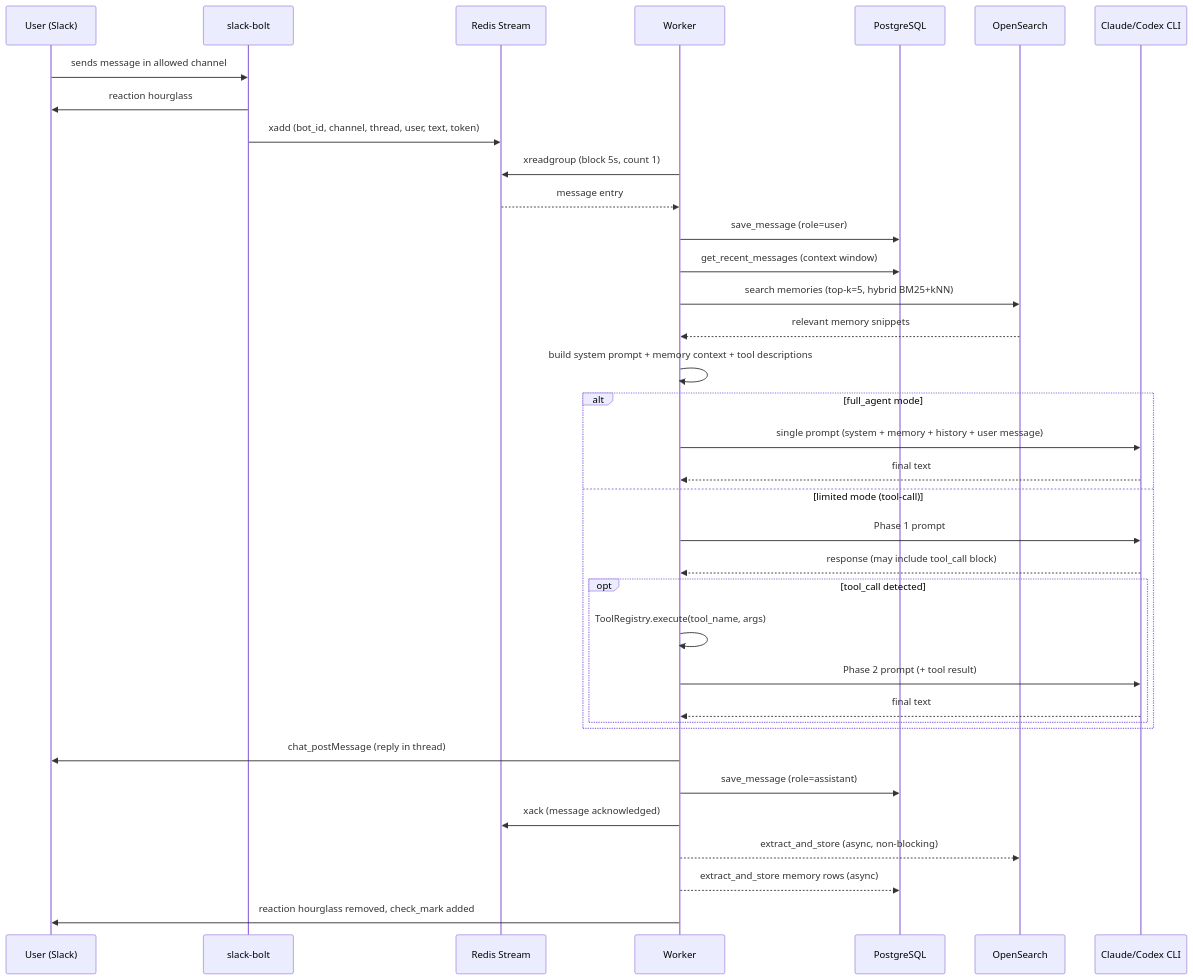
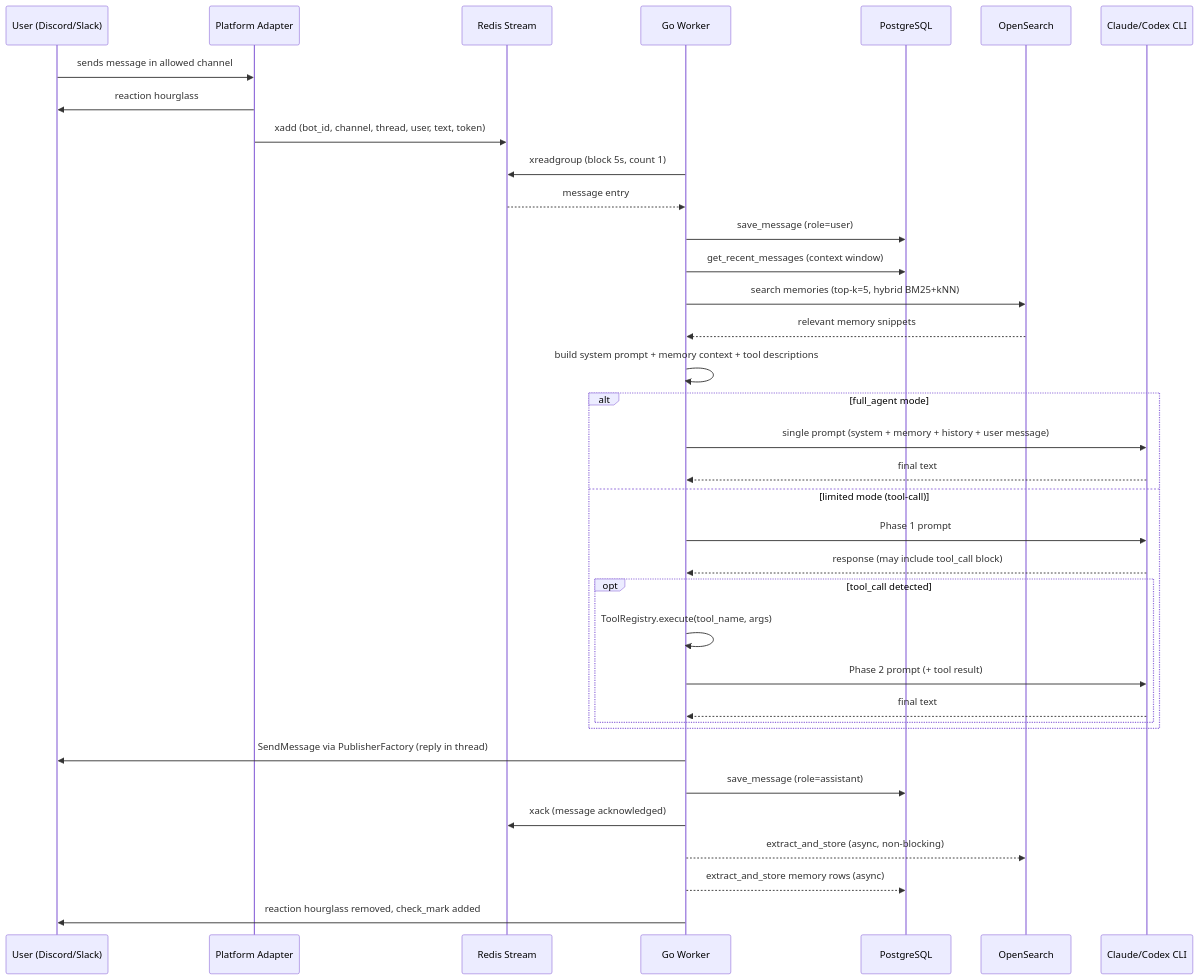
The third of 3 diagrams in docs/architecture.en.md (baekenough/customclaw), drawn with Mermaid before and after one commit. The commit also changed other lines of this file and 3 other files, not shown here.

First line of the commit message:
docs: update README and architecture docs for current state

````diff
--- a/docs/architecture.en.md
+++ b/docs/architecture.en.md
@@ -373,45 +379,45 @@
 ```mermaid
 sequenceDiagram
-    participant U as User (Slack)
-    participant SB as slack-bolt
+    participant U as User (Discord/Slack)
+    participant PA as Platform Adapter
     participant RS as Redis Stream
-    participant W as Worker
+    participant W as Go Worker
     participant PG as PostgreSQL
     participant OS as OpenSearch
     participant CLI as Claude/Codex CLI
 
-    U->>SB: sends message in allowed channel
-    SB->>U: reaction hourglass
-    SB->>RS: xadd (bot_id, channel, thread, user, text, token)
+    U->>PA: sends message in allowed channel
+    PA->>U: reaction hourglass
+    PA->>RS: xadd (bot_id, channel, thread, user, text, token)
 
     W->>RS: xreadgroup (block 5s, count 1)
     RS-->>W: message entry
 
     W->>PG: save_message (role=user)
     W->>PG: get_recent_messages (context window)
     W->>OS: search memories (top-k=5, hybrid BM25+kNN)
     OS-->>W: relevant memory snippets
 
     W->>W: build system prompt + memory context + tool descriptions
 
     alt full_agent mode
         W->>CLI: single prompt (system + memory + history + user message)
         CLI-->>W: final text
     else limited mode (tool-call)
         W->>CLI: Phase 1 prompt
         CLI-->>W: response (may include tool_call block)
         opt tool_call detected
             W->>W: ToolRegistry.execute(tool_name, args)
             W->>CLI: Phase 2 prompt (+ tool result)
             CLI-->>W: final text
         end
     end
 
-    W->>U: chat_postMessage (reply in thread)
+    W->>U: SendMessage via PublisherFactory (reply in thread)
     W->>PG: save_message (role=assistant)
     W->>RS: xack (message acknowledged)
 
     W-->>OS: extract_and_store (async, non-blocking)
     W-->>PG: extract_and_store memory rows (async)
     W->>U: reaction hourglass removed, check_mark added
 ```
````
